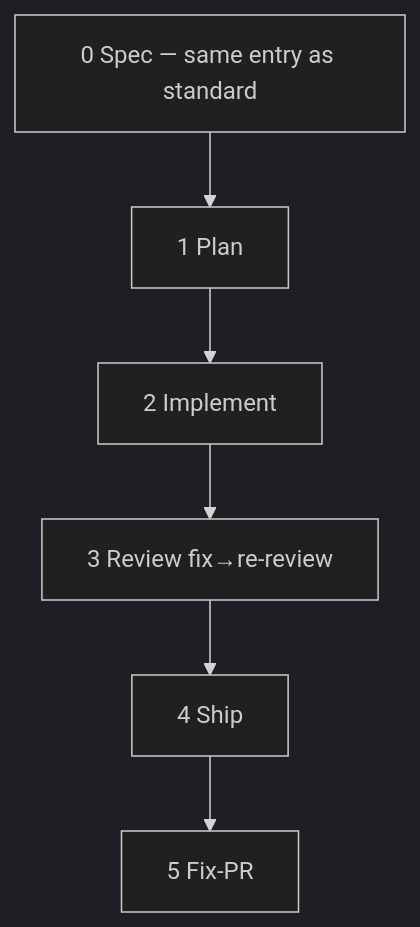
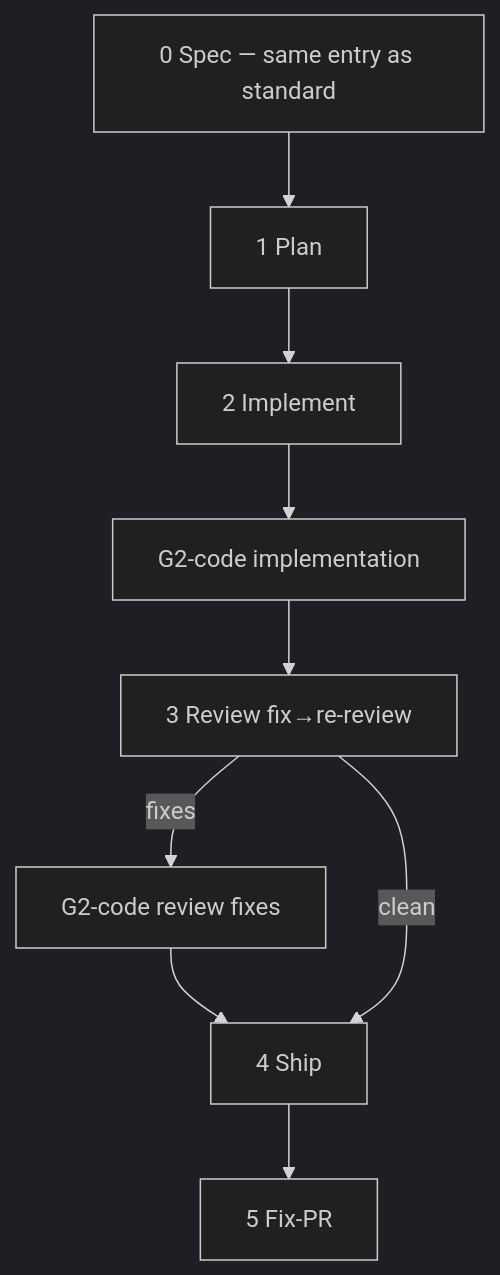
Before and after one commit to jpolvora/workflow-skills: the third of 6 diagrams in .agents/skills/ws-spec-to-pr/DIAGRAM.md, drawn with Mermaid (dark theme). The commit also changed other lines of this file and 20 other files, not shown here.

First line of the commit message:
feat(spec-to-pr): commit product files before code-review

````diff
--- a/.agents/skills/ws-spec-to-pr/DIAGRAM.md
+++ b/.agents/skills/ws-spec-to-pr/DIAGRAM.md
@@ -47,8 +49,11 @@
 ```mermaid
 flowchart TD
   L0[0 Spec — same entry as standard] --> L1[1 Plan]
   L1 --> L2[2 Implement]
-  L2 --> L3[3 Review fix→re-review]
-  L3 --> L4[4 Ship]
+  L2 --> C1[G2-code implementation]
+  C1 --> L3[3 Review fix→re-review]
+  L3 -->|fixes| C2[G2-code review fixes]
+  C2 --> L4[4 Ship]
+  L3 -->|clean| L4
   L4 --> L5[5 Fix-PR]
 ```
````
